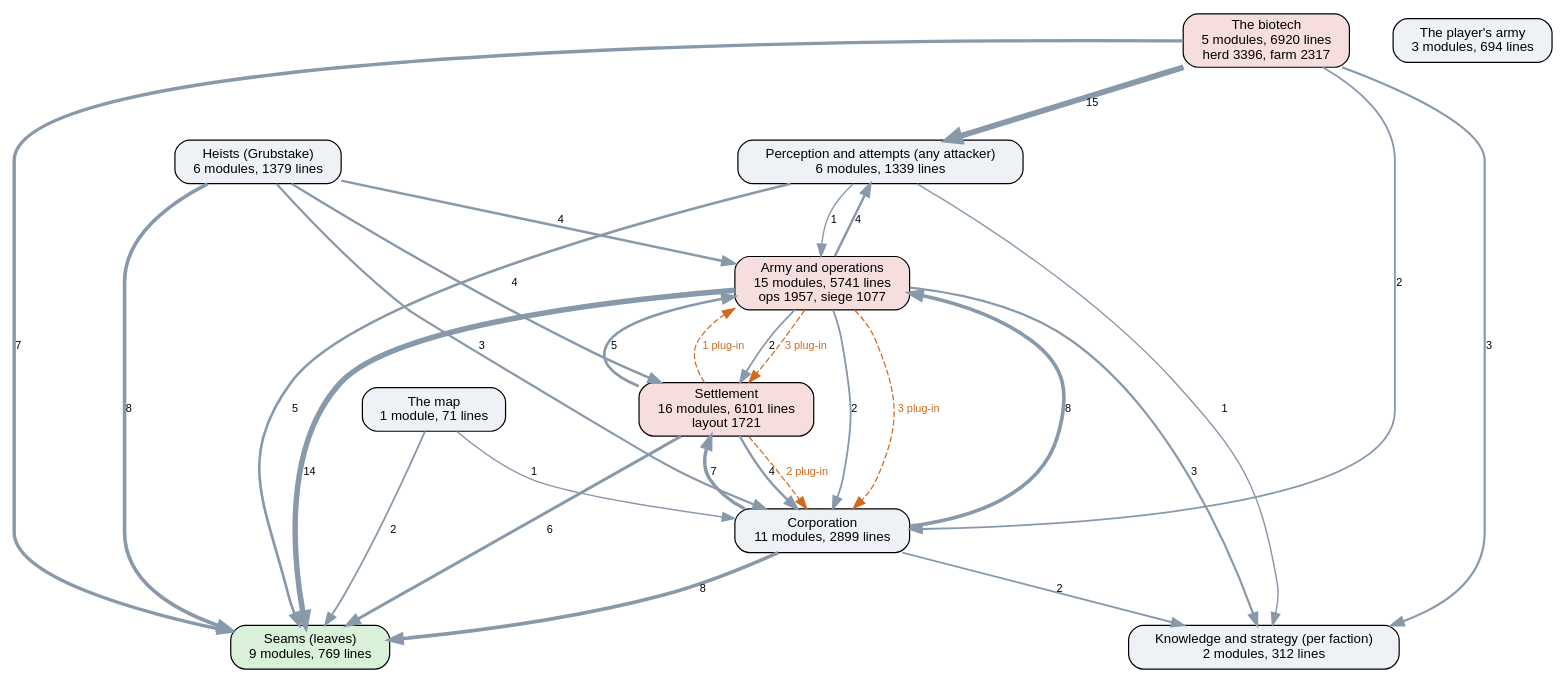
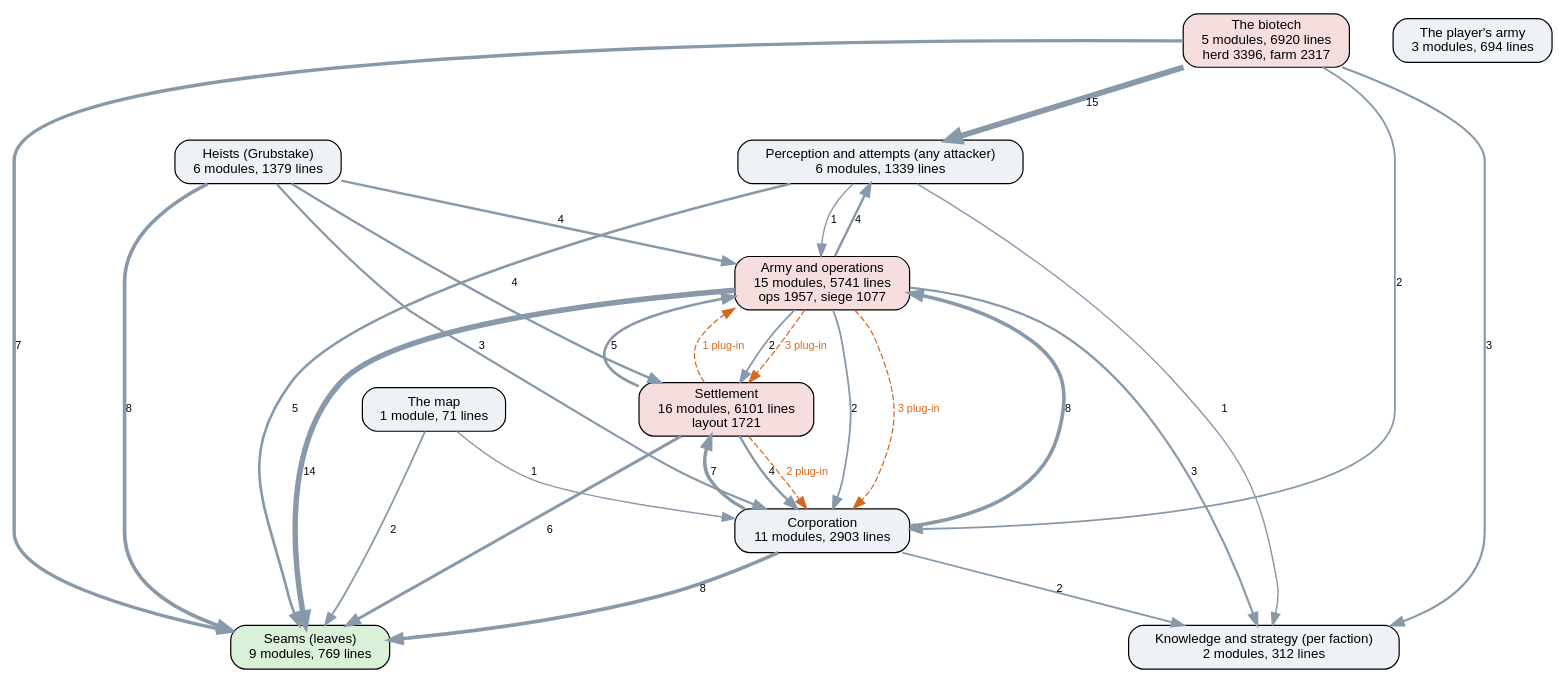
One commit to kinelhu/landing-party changed the diagram in docs/ai-layers.dot. Above: the diagram before and after it, drawn with Graphviz. The commit also changed 20 other files, not shown here.

```diff
--- a/docs/ai-layers.dot
+++ b/docs/ai-layers.dot
@@ -1,44 +1,44 @@
 digraph layers {
   graph [rankdir=TB, fontname="Helvetica", nodesep=0.5, ranksep=0.7];
   node [shape=box, style="rounded,filled", fontname="Helvetica", fontsize=11, fillcolor="#eef2f7"];
   edge [color="#8899aa", fontname="Helvetica", fontsize=9];
   "Seams (leaves)" [label="Seams (leaves)\n9 modules, 769 lines", fillcolor="#d9f0d9"];
   "Perception and attempts (any attacker)" [label="Perception and attempts (any attacker)\n6 modules, 1339 lines", fillcolor="#eef2f7"];
   "Knowledge and strategy (per faction)" [label="Knowledge and strategy (per faction)\n2 modules, 312 lines", fillcolor="#eef2f7"];
-  "Corporation" [label="Corporation\n11 modules, 2899 lines", fillcolor="#eef2f7"];
+  "Corporation" [label="Corporation\n11 modules, 2903 lines", fillcolor="#eef2f7"];
   "Settlement" [label="Settlement\n16 modules, 6101 lines\nlayout 1721", fillcolor="#f7dede"];
   "Army and operations" [label="Army and operations\n15 modules, 5741 lines\nops 1957, siege 1077", fillcolor="#f7dede"];
   "Heists (Grubstake)" [label="Heists (Grubstake)\n6 modules, 1379 lines", fillcolor="#eef2f7"];
   "The biotech" [label="The biotech\n5 modules, 6920 lines\nherd 3396, farm 2317", fillcolor="#f7dede"];
   "The map" [label="The map\n1 module, 71 lines", fillcolor="#eef2f7"];
   "The player's army" [label="The player's army\n3 modules, 694 lines", fillcolor="#eef2f7"];
   "Army and operations" -> "Corporation" [label="2", penwidth=1.5];
   "Army and operations" -> "Knowledge and strategy (per faction)" [label="3", penwidth=1.8];
   "Army and operations" -> "Perception and attempts (any attacker)" [label="4", penwidth=2.0];
   "Army and operations" -> "Seams (leaves)" [label="14", penwidth=4.5];
   "Army and operations" -> "Settlement" [label="2", penwidth=1.5];
   "Corporation" -> "Army and operations" [label="8", penwidth=3.0];
   "Corporation" -> "Knowledge and strategy (per faction)" [label="2", penwidth=1.5];
   "Corporation" -> "Seams (leaves)" [label="8", penwidth=3.0];
   "Corporation" -> "Settlement" [label="7", penwidth=2.8];
   "Heists (Grubstake)" -> "Army and operations" [label="4", penwidth=2.0];
   "Heists (Grubstake)" -> "Corporation" [label="3", penwidth=1.8];
   "Heists (Grubstake)" -> "Seams (leaves)" [label="8", penwidth=3.0];
   "Heists (Grubstake)" -> "Settlement" [label="4", penwidth=2.0];
   "Perception and attempts (any attacker)" -> "Army and operations" [label="1", penwidth=1.2];
   "Perception and attempts (any attacker)" -> "Knowledge and strategy (per faction)" [label="1", penwidth=1.2];
   "Perception and attempts (any attacker)" -> "Seams (leaves)" [label="5", penwidth=2.2];
   "Settlement" -> "Army and operations" [label="5", penwidth=2.2];
   "Settlement" -> "Corporation" [label="4", penwidth=2.0];
   "Settlement" -> "Seams (leaves)" [label="6", penwidth=2.5];
   "The biotech" -> "Corporation" [label="2", penwidth=1.5];
   "The biotech" -> "Knowledge and strategy (per faction)" [label="3", penwidth=1.8];
   "The biotech" -> "Perception and attempts (any attacker)" [label="15", penwidth=4.8];
   "The biotech" -> "Seams (leaves)" [label="7", penwidth=2.8];
   "The map" -> "Corporation" [label="1", penwidth=1.2];
   "The map" -> "Seams (leaves)" [label="2", penwidth=1.5];
   "Army and operations" -> "Corporation" [style=dashed, color="#d2691e", fontcolor="#d2691e", label="3 plug-in"];
   "Army and operations" -> "Settlement" [style=dashed, color="#d2691e", fontcolor="#d2691e", label="3 plug-in"];
   "Settlement" -> "Army and operations" [style=dashed, color="#d2691e", fontcolor="#d2691e", label="1 plug-in"];
   "Settlement" -> "Corporation" [style=dashed, color="#d2691e", fontcolor="#d2691e", label="2 plug-in"];
 }
```
